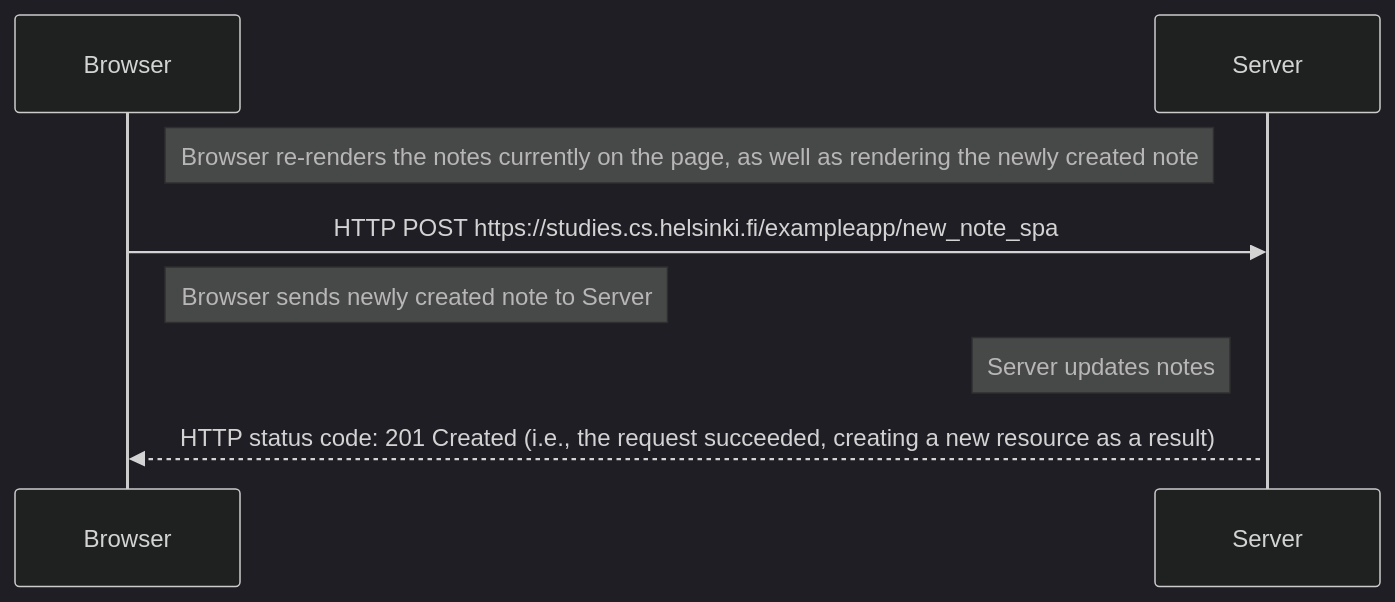
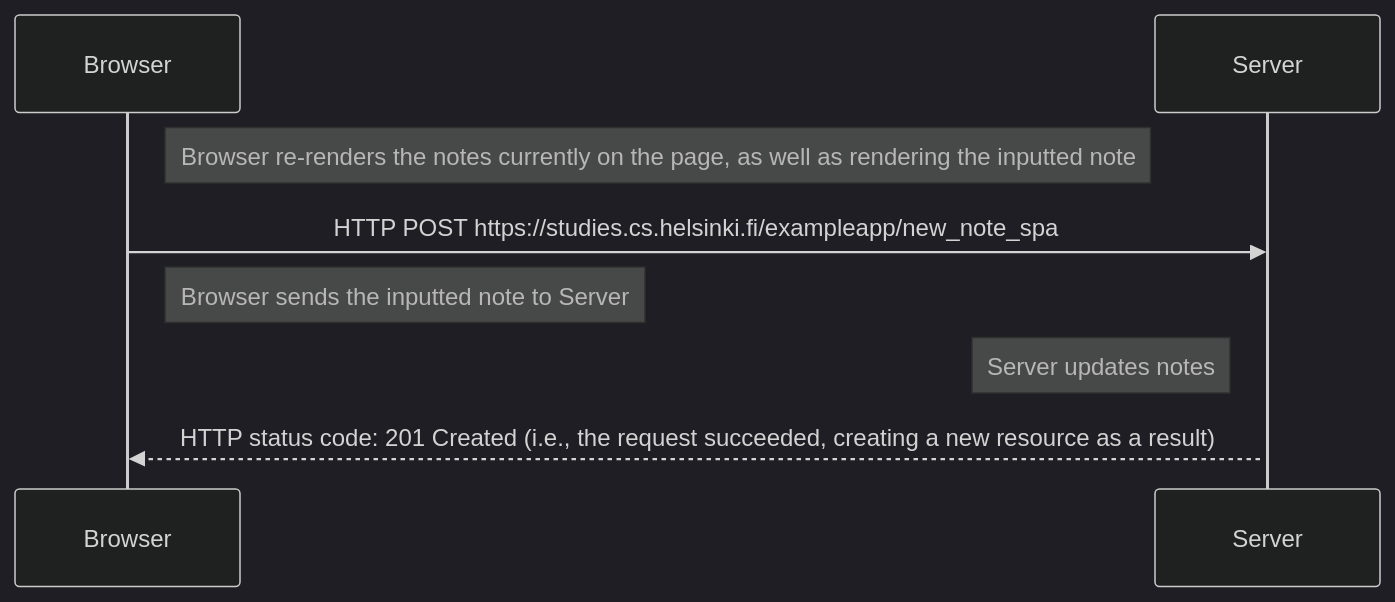
The third of 3 diagrams in part0/README.md (gvnlm/full-stack-open-solutions), drawn with Mermaid (dark theme) before and after one commit. The commit also changed other lines of this file, not shown here.

Commit message:
Change wording

````diff
--- a/part0/README.md
+++ b/part0/README.md
@@ -72,13 +72,13 @@
 ```mermaid
     sequenceDiagram
     participant Browser
     participant Server
 
-    note right of Browser: Browser re-renders the notes currently on the page, as well as rendering the newly created note
+    note right of Browser: Browser re-renders the notes currently on the page, as well as rendering the inputted note
         
     Browser->>Server: HTTP POST https://studies.cs.helsinki.fi/exampleapp/new_note_spa
     activate Server
-    note right of Browser: Browser sends newly created note to Server
+    note right of Browser: Browser sends the inputted note to Server
     note left of Server: Server updates notes
     Server-->>Browser: HTTP status code: 201 Created (i.e., the request succeeded, creating a new resource as a result)    
 ```
````
